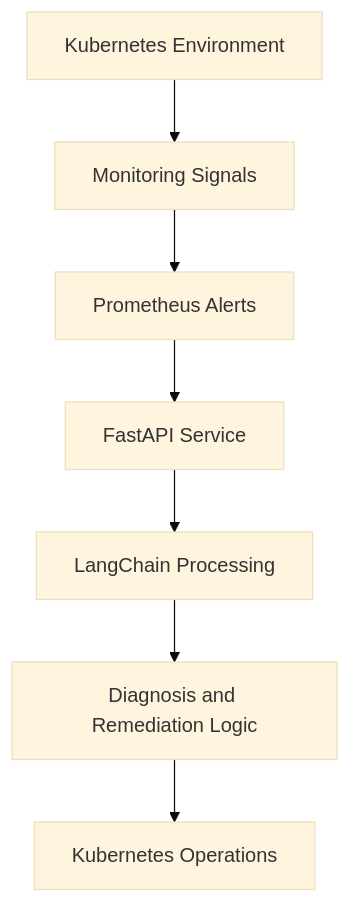
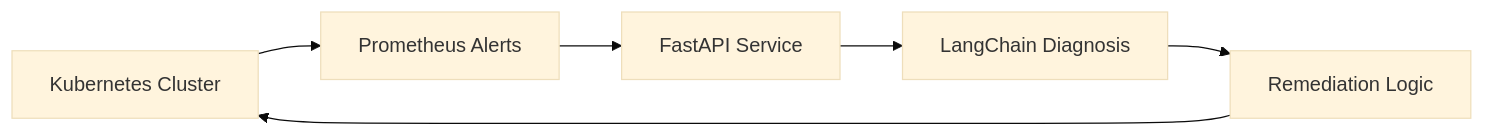
Before and after one commit to manesaurabh1704-devops/manesaurabh1704-devops: the second of 8 diagrams in README.md, drawn with Mermaid (base theme). The commit also changed other lines of this file, not shown here.

````diff
--- a/README.md
+++ b/README.md
@@ -346,9 +182,4 @@
 ```mermaid
-flowchart TD
-    A["Kubernetes Environment"] --> B["Monitoring Signals"]
-    B --> C["Prometheus Alerts"]
-    C --> D["FastAPI Service"]
-    D --> E["LangChain Processing"]
-    E --> F["Diagnosis and Remediation Logic"]
-    F --> G["Kubernetes Operations"]
+flowchart LR
+    A["Kubernetes Cluster"] --> B["Prometheus Alerts"] --> C["FastAPI Service"] --> D["LangChain Diagnosis"] --> E["Remediation Logic"] --> A
 ```
````
